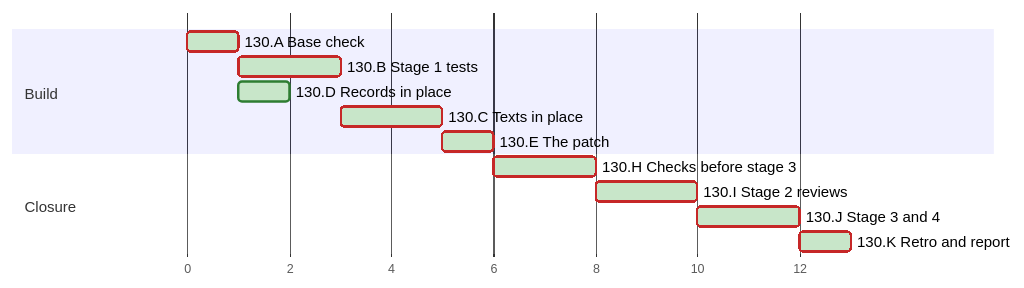
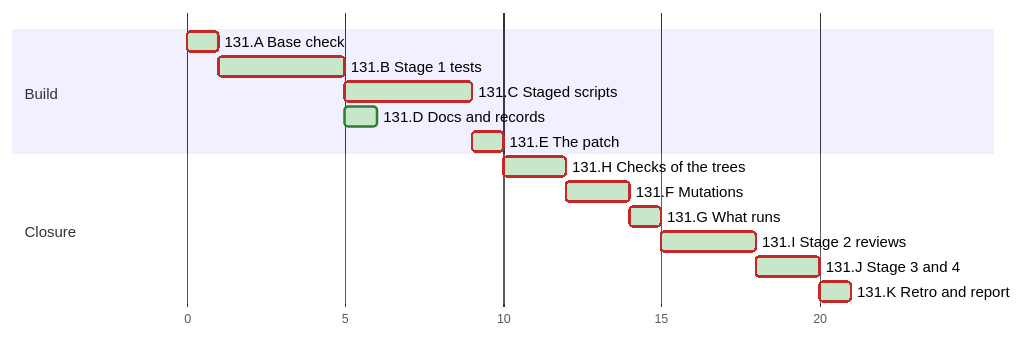
One commit to MatrixFounder/Agentic-development changed the diagram in docs/PLAN.md. Above: the diagram before and after it, drawn with Mermaid. The commit also changed other lines of this file and 22 other files, not shown here.

````diff
--- a/docs/PLAN.md
+++ b/docs/PLAN.md
@@ -439,21 +691,23 @@
 ```mermaid
 %%{init: {"look": "classic", "themeVariables": {"doneTaskBkgColor": "#C8E6C9", "doneTaskBorderColor": "#2E7D32", "activeTaskBkgColor": "#FFF3C4", "activeTaskBorderColor": "#F9A825", "taskBkgColor": "#FFFFFF", "taskBorderColor": "#9E9E9E", "critBkgColor": "#FFFFFF", "critBorderColor": "#C62828", "taskTextColor": "#212121", "taskTextDarkColor": "#212121"}, "gantt": {"barHeight": 16, "barGap": 4, "topPadding": 50, "fontSize": 12, "sectionFontSize": 12, "numberSectionStyles": 2, "useWidth": 900, "leftPadding": 140, "rightPadding": 229}, "themeCSS": ".grid .tick line { stroke-opacity: 0.25; } .activeText0.taskTextOutsideRight, .activeText1.taskTextOutsideRight, .activeText2.taskTextOutsideRight, .activeText3.taskTextOutsideRight, .activeCritText0.taskTextOutsideRight, .activeCritText1.taskTextOutsideRight, .activeCritText2.taskTextOutsideRight, .activeCritText3.taskTextOutsideRight, .doneText0.taskTextOutsideRight, .doneText1.taskTextOutsideRight, .doneText2.taskTextOutsideRight, .doneText3.taskTextOutsideRight, .doneCritText0.taskTextOutsideRight, .doneCritText1.taskTextOutsideRight, .doneCritText2.taskTextOutsideRight, .doneCritText3.taskTextOutsideRight, .activeText0.taskTextOutsideLeft, .activeText1.taskTextOutsideLeft, .activeText2.taskTextOutsideLeft, .activeText3.taskTextOutsideLeft, .activeCritText0.taskTextOutsideLeft, .activeCritText1.taskTextOutsideLeft, .activeCritText2.taskTextOutsideLeft, .activeCritText3.taskTextOutsideLeft, .doneText0.taskTextOutsideLeft, .doneText1.taskTextOutsideLeft, .doneText2.taskTextOutsideLeft, .doneText3.taskTextOutsideLeft, .doneCritText0.taskTextOutsideLeft, .doneCritText1.taskTextOutsideLeft, .doneCritText2.taskTextOutsideLeft, .doneCritText3.taskTextOutsideLeft { fill: #ffffff !important; mix-blend-mode: difference; }"}}%%
 gantt
   accTitle: Plan chart
   accDescr: Each bar starts when its last dependency ends and lasts its estimate, the axis counts estimate hours from the start, not dates.
   dateFormat x
   axisFormat %Q
-  tickInterval 2millisecond
+  tickInterval 5millisecond
   todayMarker off
   section Build
-    130.A Base check:done, crit, t130xA, 0, 1ms
-    130.B Stage 1 tests:done, crit, t130xB, 1, 2ms
-    130.D Records in place:done, t130xD, 1, 1ms
-    130.C Texts in place:done, crit, t130xC, 3, 2ms
-    130.E The patch:done, crit, t130xE, 5, 1ms
+    131.A Base check:done, crit, t131xA, 0, 1ms
+    131.B Stage 1 tests:done, crit, t131xB, 1, 4ms
+    131.C Staged scripts:done, crit, t131xC, 5, 4ms
+    131.D Docs and records:done, t131xD, 5, 1ms
+    131.E The patch:done, crit, t131xE, 9, 1ms
   section Closure
-    130.H Checks before stage 3:done, crit, t130xH, 6, 2ms
-    130.I Stage 2 reviews:done, crit, t130xI, 8, 2ms
-    130.J Stage 3 and 4:done, crit, t130xJ, 10, 2ms
-    130.K Retro and report:done, crit, t130xK, 12, 1ms
+    131.H Checks of the trees:done, crit, t131xH, 10, 2ms
+    131.F Mutations:done, crit, t131xF, 12, 2ms
+    131.G What runs:done, crit, t131xG, 14, 1ms
+    131.I Stage 2 reviews:done, crit, t131xI, 15, 3ms
+    131.J Stage 3 and 4:done, crit, t131xJ, 18, 2ms
+    131.K Retro and report:done, crit, t131xK, 20, 1ms
 ```
````
